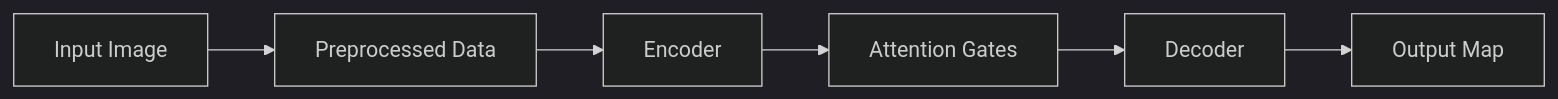
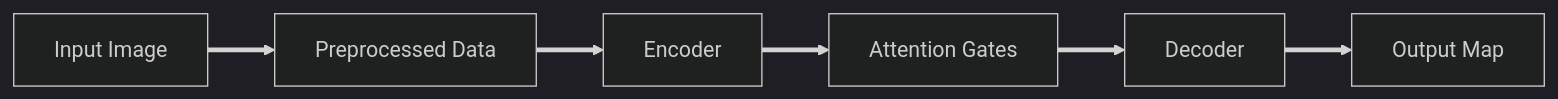
The diagram in docs/Getting Started/getting-started.md (HarryNguyen2401/ai-and-healthcare), drawn with Mermaid (dark theme) before and after one commit.

Commit message:
Update doc `getting-started`

````diff
--- a/docs/Getting Started/getting-started.md
+++ b/docs/Getting Started/getting-started.md
@@ -68,8 +68,9 @@
 ```mermaid
 flowchart LR 
- InpImg[Input Image] --> PreData[Preprocessed Data] 
- PreData --> End[Encoder] 
- End --> AttGate[Attention Gates]
- AttGate --> Dec[Decoder]
- Dec --> OutMap[Output Map]
+ InpImg[Input Image] ==> PreData[Preprocessed Data] 
+ PreData ==> End[Encoder] 
+ End ==> AttGate[Attention Gates]
+ AttGate ==> Dec[Decoder]
+ Dec ==> OutMap[Output Map]
+
 ```
````
